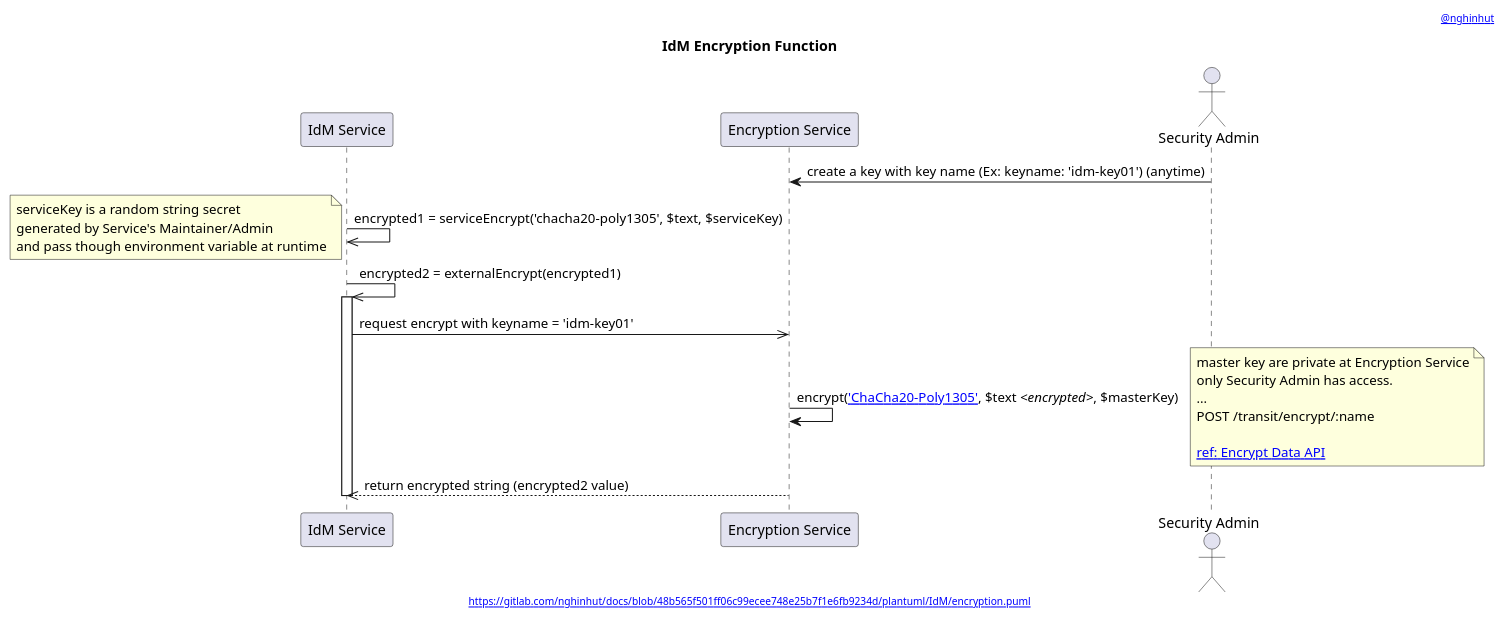
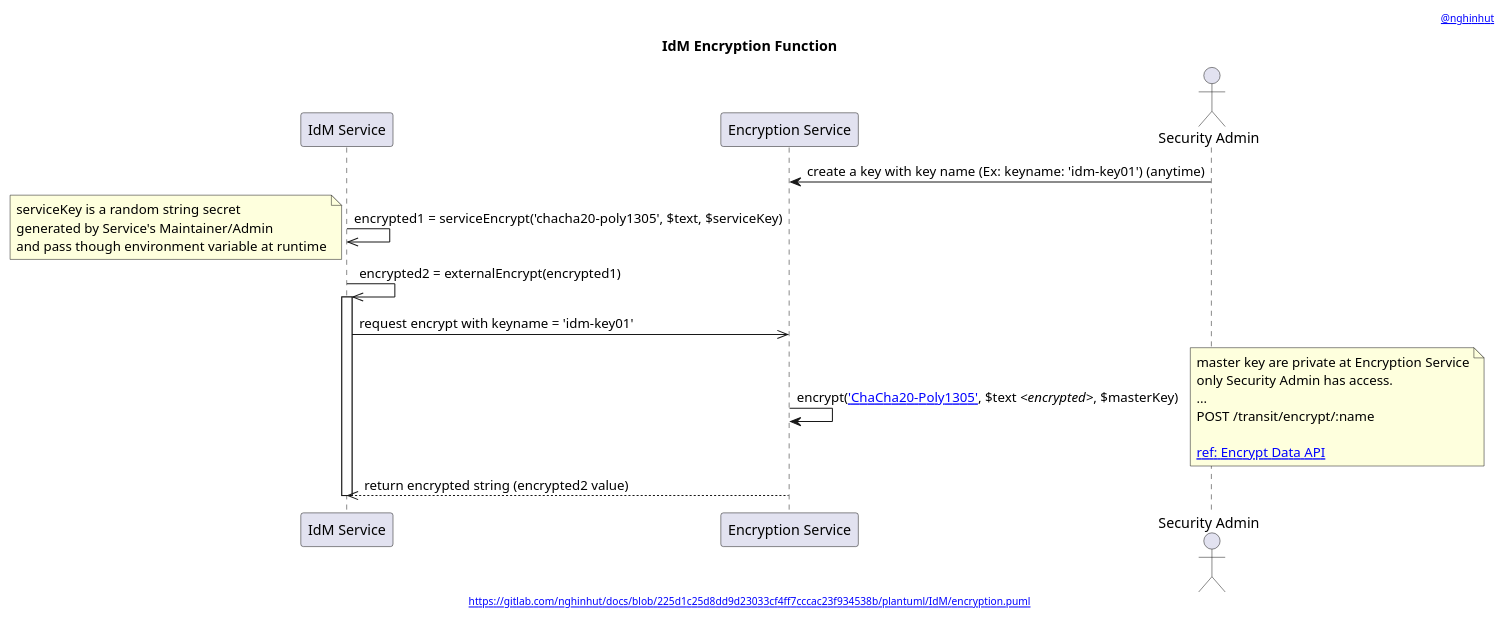
One commit to nghinhut/docs changed the diagram in plantuml/IdM/encryption.function.puml. Above: the diagram before and after it, drawn with PlantUML. The commit also changed 24 other files, not shown here.

Commit message:
docs(plantuml): update headers

```diff
--- a/plantuml/IdM/encryption.function.puml
+++ b/plantuml/IdM/encryption.function.puml
@@ -1,35 +1,35 @@
 @startuml
 '-----START auto generated metadata please keep comment here to allow auto update-----
 '-----DON'T EDIT THIS SECTION, INSTEAD RE-RUN prebuild.sh TO UPDATE-----
-header [[https://www.nghinhut.dev?from=http%5C%3A%5C%2F%5C%2Fwww%5C.plantuml%5C.com%5C%2Fplantuml%5C%2Fproxy%3Ffmt%3Dsvg%5C%26src%3Dhttps%5C%3A%5C%2F%5C%2Fgitlab%5C.com%5C%2Fnghinhut%5C%2Fdocs%5C%2Fraw%5C%2F48b565f501ff06c99ecee748e25b7f1e6fb9234d%5C%2Fplantuml%5C%2FIdM%5C%2Fencryption%5C.puml%0A @nghinhut]]
-footer [[http://www.plantuml.com/plantuml/proxy?fmt=svg&src=https://gitlab.com/nghinhut/docs/raw/48b565f501ff06c99ecee748e25b7f1e6fb9234d/plantuml/IdM/encryption.puml https://gitlab.com/nghinhut/docs/blob/48b565f501ff06c99ecee748e25b7f1e6fb9234d/plantuml/IdM/encryption.puml]]
+header [[https://www.nghinhut.dev?from=http%5C%3A%5C%2F%5C%2Fwww%5C.plantuml%5C.com%5C%2Fplantuml%5C%2Fproxy%3Ffmt%3Dsvg%5C%26src%3Dhttps%5C%3A%5C%2F%5C%2Fgitlab%5C.com%5C%2Fnghinhut%5C%2Fdocs%5C%2Fraw%5C%2F225d1c25d8dd9d23033cf4ff7cccac23f934538b%5C%2Fplantuml%5C%2FIdM%5C%2Fencryption%5C.puml%0A @nghinhut]]
+footer [[http://www.plantuml.com/plantuml/proxy?fmt=svg&src=https://gitlab.com/nghinhut/docs/raw/225d1c25d8dd9d23033cf4ff7cccac23f934538b/plantuml/IdM/encryption.puml https://gitlab.com/nghinhut/docs/blob/225d1c25d8dd9d23033cf4ff7cccac23f934538b/plantuml/IdM/encryption.puml]]
 '-----END auto generated metadata please keep comment here to allow auto update-----
 title IdM Encryption Function
 participant "IdM Service" as idm
 participant "Encryption Service" as es
 actor "Security Admin" as esAdmin
 
 es <- esAdmin : create a key with key name (Ex: keyname: 'idm-key01') (anytime)
 
 idm ->> idm : encrypted1 = serviceEncrypt('chacha20-poly1305', $text, $serviceKey)
 note left
     serviceKey is a random string secret
     generated by Service's Maintainer/Admin
     and pass though environment variable at runtime
 end note
 
 idm ->> idm : encrypted2 = externalEncrypt(encrypted1)
 activate idm
     idm ->> es : request encrypt with keyname = 'idm-key01'
         es -> es : encrypt([[https://www.vaultproject.io/docs/secrets/transit/index.html#chacha20-poly1305{ChaCha20-Poly1305 with a 256-bit key} 'ChaCha20-Poly1305']], $text //<encrypted>//, $masterKey)
         note right
             master key are private at Encryption Service
             only Security Admin has access.
             ...
             POST /transit/encrypt/:name
 
             [[https://www.vaultproject.io/api/secret/transit/index.html#encrypt-data ref: Encrypt Data API]]
         end note
     idm <<-- es : return encrypted string (encrypted2 value)
 deactivate idm
 @enduml
```
